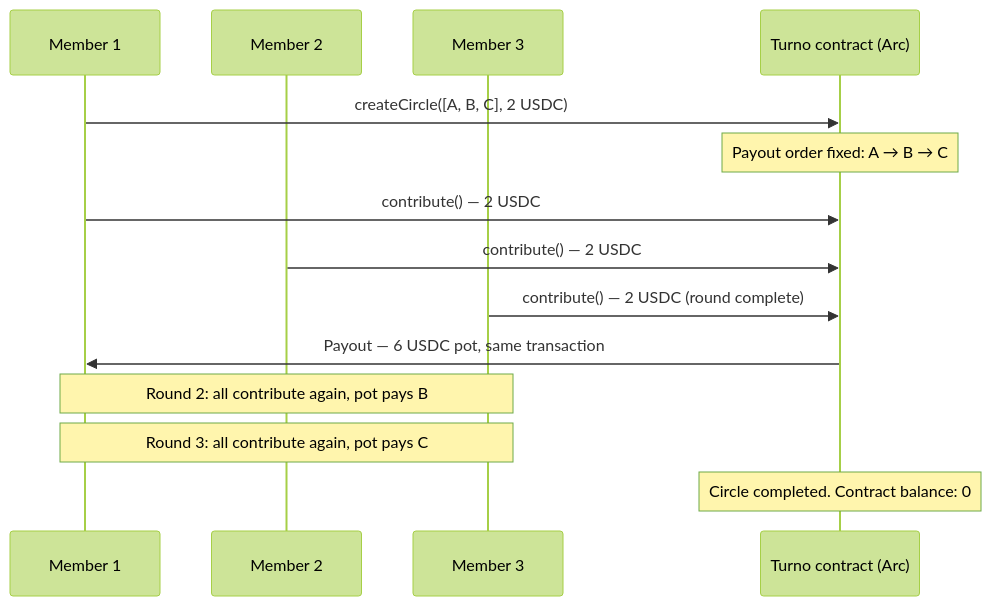
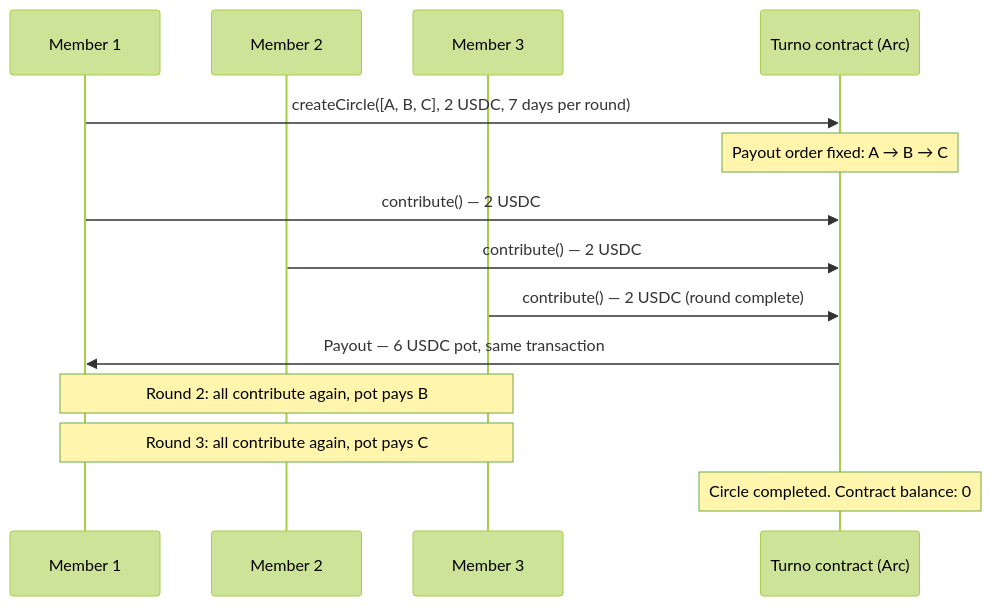
Before and after one commit to ahmardchain/turno: the diagram in README.md, drawn with Mermaid (forest theme). The commit also changed other lines of this file and 13 other files, not shown here.

````diff
--- a/README.md
+++ b/README.md
@@ -62,16 +63,16 @@
 ```mermaid
 sequenceDiagram
     participant A as Member 1
     participant B as Member 2
     participant C as Member 3
     participant T as Turno contract (Arc)
-    A->>T: createCircle([A, B, C], 2 USDC)
+    A->>T: createCircle([A, B, C], 2 USDC, 7 days per round)
     Note over T: Payout order fixed: A → B → C
     A->>T: contribute() — 2 USDC
     B->>T: contribute() — 2 USDC
     C->>T: contribute() — 2 USDC (round complete)
     T->>A: Payout — 6 USDC pot, same transaction
     Note over A,C: Round 2: all contribute again, pot pays B
     Note over A,C: Round 3: all contribute again, pot pays C
     Note over T: Circle completed. Contract balance: 0
 ```
````
